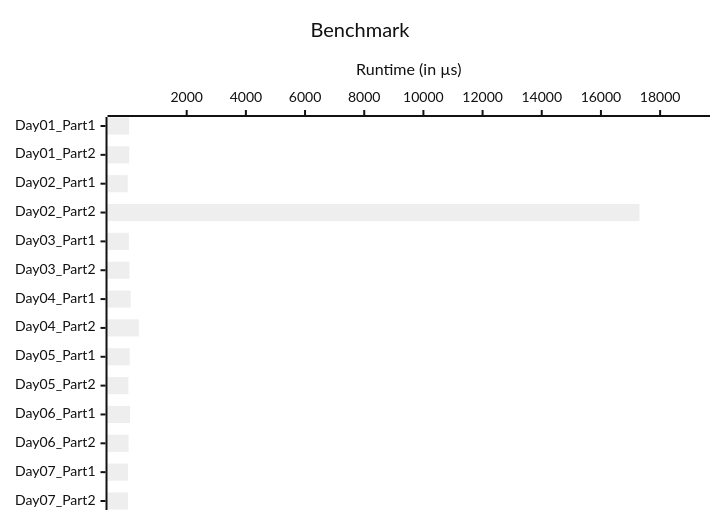
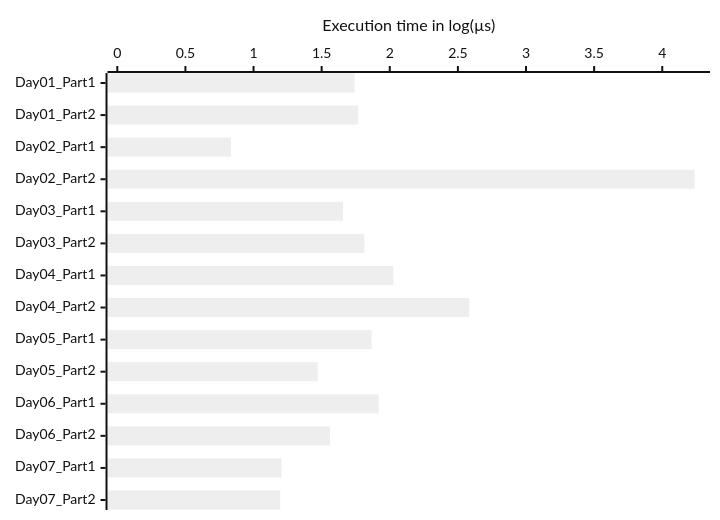
The diagram in benchmarks.md (Raffy23/AoC_2025), drawn with Mermaid (neutral theme) before and after one commit.

Commit message:
chore: change y-axis to logarithmic scale

````diff
--- a/benchmarks.md
+++ b/benchmarks.md
@@ -3,7 +3,6 @@
 ```mermaid
 xychart-beta horizontal
-    title "Benchmark"
     x-axis [Day01_Part1, Day01_Part2, Day02_Part1, Day02_Part2, Day03_Part1, Day03_Part2, Day04_Part1, Day04_Part2, Day05_Part1, Day05_Part2, Day06_Part1, Day06_Part2, Day07_Part1, Day07_Part2]
-    y-axis "Runtime (in µs) "10 --> 19000
-    bar [55.111, 58.647, 6.8402, 17303, 45.403, 65.095, 106.19, 383.03, 73.597, 29.584, 82.791, 36.391, 16.043, 15.697]
+    y-axis "Execution time in log(µs) "0 --> 4.2787
+    bar [1.7412, 1.7682, 0.8350, 4.2381, 1.6570, 1.8135, 2.0260, 2.5832, 1.8668, 1.4710, 1.9179, 1.5609, 1.2052, 1.1958]
 ```
````
